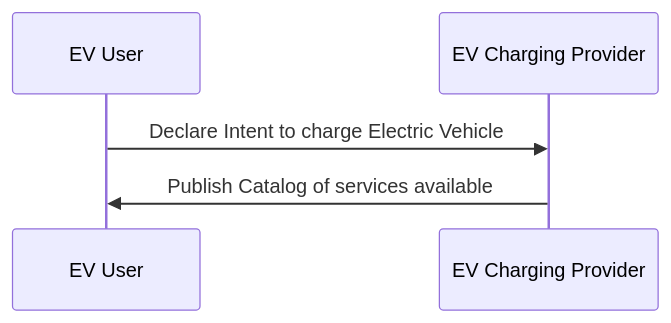
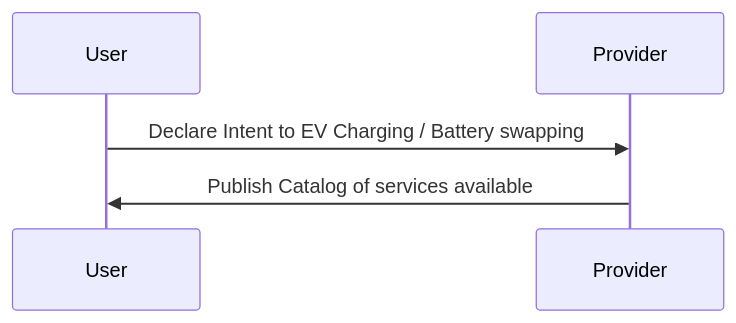
One commit to Sudheesh2609/DENT-Protocol changed the first of 8 diagrams in docs/implementation-guides/EV_Charging/EV_Charging_and_Battery-Swapping-Worlflow.md. Above: the diagram before and after it, drawn with Mermaid. The commit also changed other lines of this file, not shown here.

First line of the commit message:
Update EV_Charging_and_Battery-Swapping-Worlflow.md

````diff
--- a/docs/implementation-guides/EV_Charging/EV_Charging_and_Battery-Swapping-Worlflow.md
+++ b/docs/implementation-guides/EV_Charging/EV_Charging_and_Battery-Swapping-Worlflow.md
@@ -82,5 +82,5 @@
 ```mermaid
     sequenceDiagram
-    EV User->>EV Charging Provider: Declare Intent to charge Electric Vehicle
-    EV Charging Provider->>EV User: Publish Catalog of services available
+    User->>Provider: Declare Intent to EV Charging / Battery swapping
+    Provider->>User: Publish Catalog of services available
 ```
````
